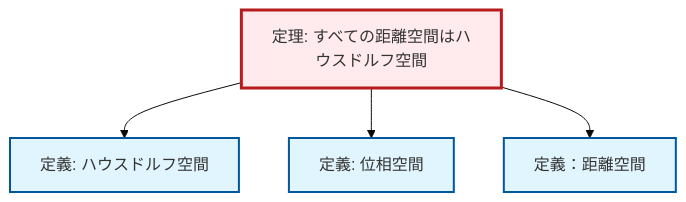
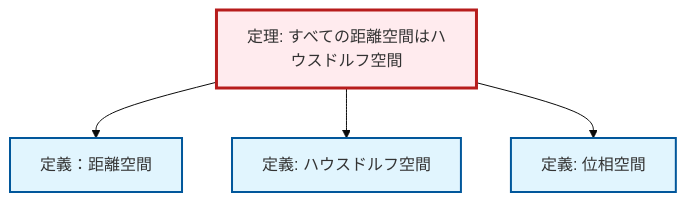
One commit to RK0429/ModernMath changed the diagram in content/ja/topology/thm-metric-hausdorff.qmd. Above: the diagram before and after it, drawn with Mermaid (base theme). The commit also changed other lines of this file and 328 other files, not shown here.

````diff
--- a/content/ja/topology/thm-metric-hausdorff.qmd
+++ b/content/ja/topology/thm-metric-hausdorff.qmd
@@ -64,20 +64,20 @@
 ```{mermaid}
 %%| fig-cap: "ローカル依存関係グラフ"
 graph TD
     classDef definition fill:#e1f5fe,stroke:#01579b,stroke-width:2px
     classDef theorem fill:#f3e5f5,stroke:#4a148c,stroke-width:2px
     classDef axiom fill:#fff3e0,stroke:#e65100,stroke-width:2px
     classDef example fill:#e8f5e9,stroke:#1b5e20,stroke-width:2px
     classDef current fill:#ffebee,stroke:#b71c1c,stroke-width:3px
+    def-metric-space["定義：距離空間"]:::definition
+    def-hausdorff["定義: ハウスドルフ空間"]:::definition
     def-topological-space["定義: 位相空間"]:::definition
-    def-hausdorff["定義: ハウスドルフ空間"]:::definition
     thm-metric-hausdorff["定理: すべての距離空間はハウスドルフ空間"]:::theorem
-    def-metric-space["定義：距離空間"]:::definition
+    thm-metric-hausdorff --> def-metric-space
     thm-metric-hausdorff --> def-hausdorff
     thm-metric-hausdorff --> def-topological-space
-    thm-metric-hausdorff --> def-metric-space
     class thm-metric-hausdorff current
+    click def-metric-space "def-metric-space.html" "定義：距離空間へ"
+    click def-hausdorff "def-hausdorff.html" "ハウスドルフ空間の定義へ"
     click def-topological-space "def-topological-space.html" "位相空間の定義へ"
-    click def-hausdorff "def-hausdorff.html" "ハウスドルフ空間の定義へ"
-    click def-metric-space "def-metric-space.html" "定義：距離空間へ"
 ```
````
